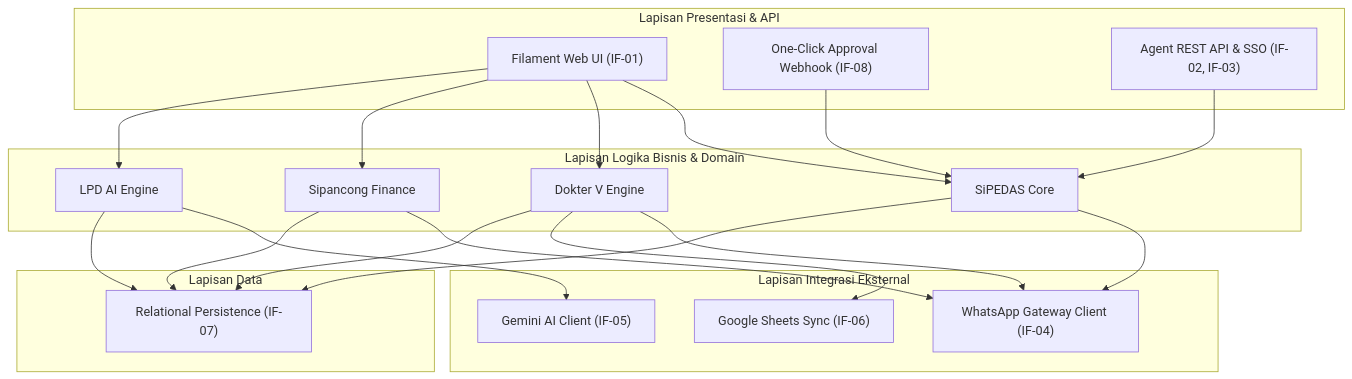
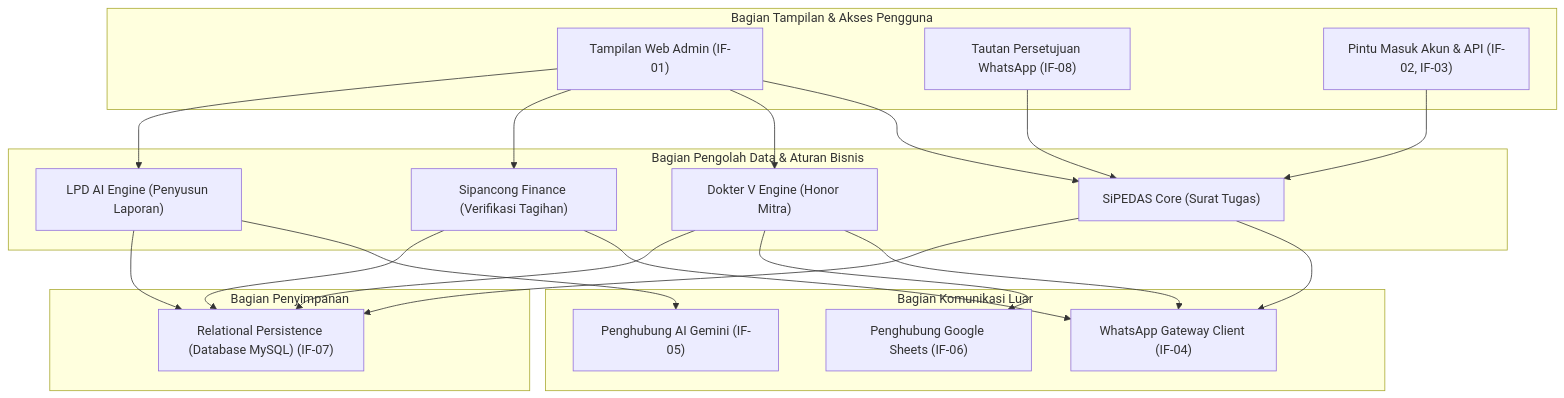
Before and after one commit to ihkaru/sipedas: the diagram in docs/architecture/05_building_block_view.md, drawn with Mermaid. The commit also changed other lines of this file and 11 other files, not shown here.

Commit message:
docs(arc42): rewrite enterprise architecture documentation into crystal-clear plain Indonesian without jargon

````diff
--- a/docs/architecture/05_building_block_view.md
+++ b/docs/architecture/05_building_block_view.md
@@ -17,43 +17,43 @@
 ```mermaid
 graph TD
-    subgraph UI_Layer["Lapisan Presentasi & API"]
-        FilamentUI["Filament Web UI (IF-01)"]
-        PublicWebhook["One-Click Approval Webhook (IF-08)"]
-        AgentAPI["Agent REST API & SSO (IF-02, IF-03)"]
+    subgraph TampilanWeb["Bagian Tampilan & Akses Pengguna"]
+        FilamentUI["Tampilan Web Admin (IF-01)"]
+        PublicWebhook["Tautan Persetujuan WhatsApp (IF-08)"]
+        AgentAPI["Pintu Masuk Akun & API (IF-02, IF-03)"]
     end
 
-    subgraph Core_Engines["Lapisan Logika Bisnis & Domain"]
-        SipedasCore["SiPEDAS Core"]
-        DokterV["Dokter V Engine"]
-        Sipancong["Sipancong Finance"]
-        LPDAI["LPD AI Engine"]
+    subgraph MesinKerja["Bagian Pengolah Data & Aturan Bisnis"]
+        SipedasCore["SiPEDAS Core (Surat Tugas)"]
+        DokterV["Dokter V Engine (Honor Mitra)"]
+        Sipancong["Sipancong Finance (Verifikasi Tagihan)"]
+        LPDAI["LPD AI Engine (Penyusun Laporan)"]
     end
 
-    subgraph Integration_Layer["Lapisan Integrasi Eksternal"]
+    subgraph PenghubungLayananLuar["Bagian Komunikasi Luar"]
         WAClient["WhatsApp Gateway Client (IF-04)"]
-        AIGatewayClient["Gemini AI Client (IF-05)"]
-        GSheetsSync["Google Sheets Sync (IF-06)"]
+        AIGatewayClient["Penghubung AI Gemini (IF-05)"]
+        GSheetsSync["Penghubung Google Sheets (IF-06)"]
     end
 
-    subgraph Data_Layer["Lapisan Data"]
-        MySQLStore["Relational Persistence (IF-07)"]
+    subgraph PenyimpananData["Bagian Penyimpanan"]
+        MySQLStore["Relational Persistence (Database MySQL) (IF-07)"]
     end
 
     FilamentUI --> SipedasCore
     FilamentUI --> DokterV
     FilamentUI --> Sipancong
     FilamentUI --> LPDAI
     PublicWebhook --> SipedasCore
     AgentAPI --> SipedasCore
 
     SipedasCore --> WAClient
     DokterV --> WAClient
     DokterV --> GSheetsSync
     Sipancong --> WAClient
     LPDAI --> AIGatewayClient
 
     SipedasCore --> MySQLStore
     DokterV --> MySQLStore
     Sipancong --> MySQLStore
     LPDAI --> MySQLStore
 ```
````
